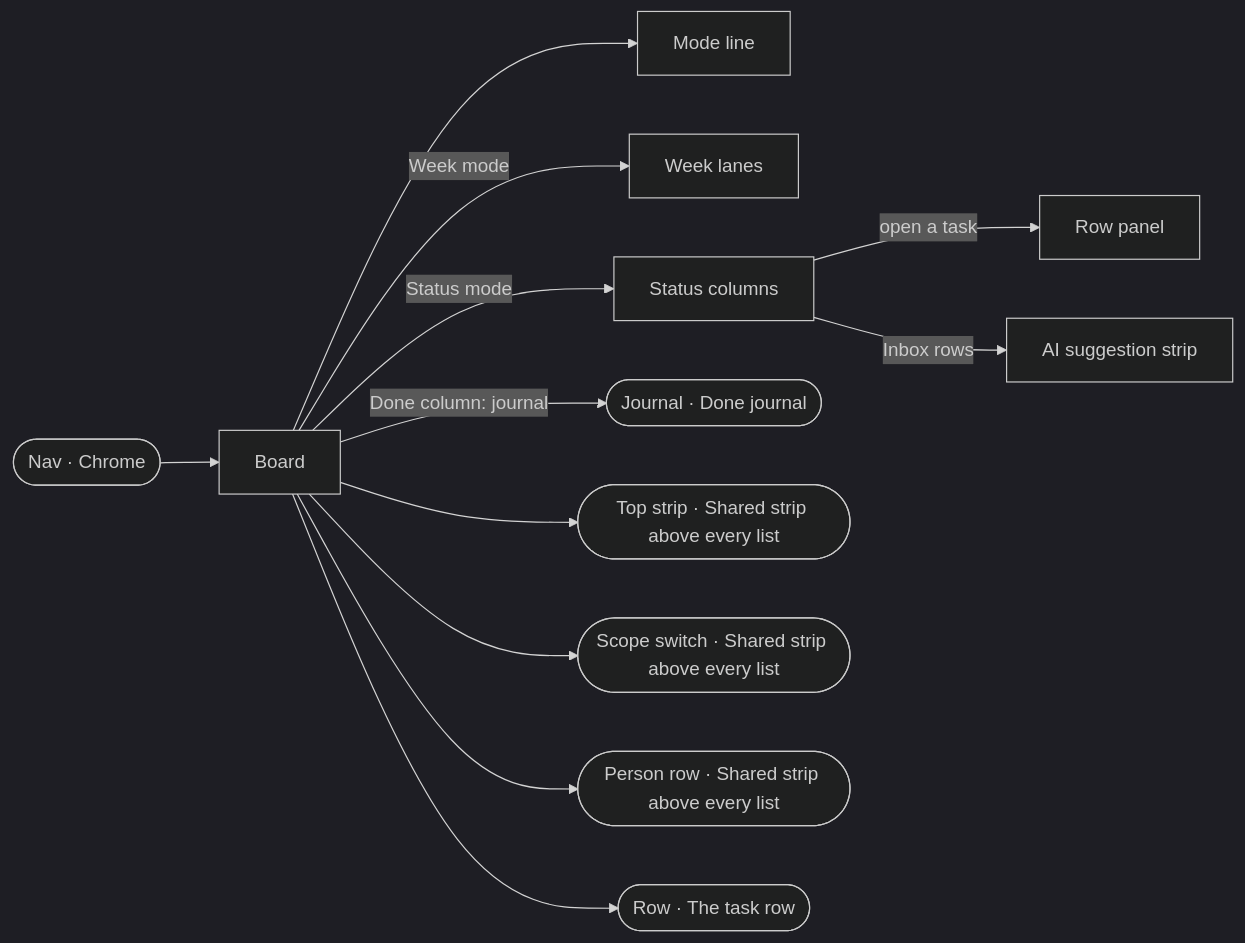
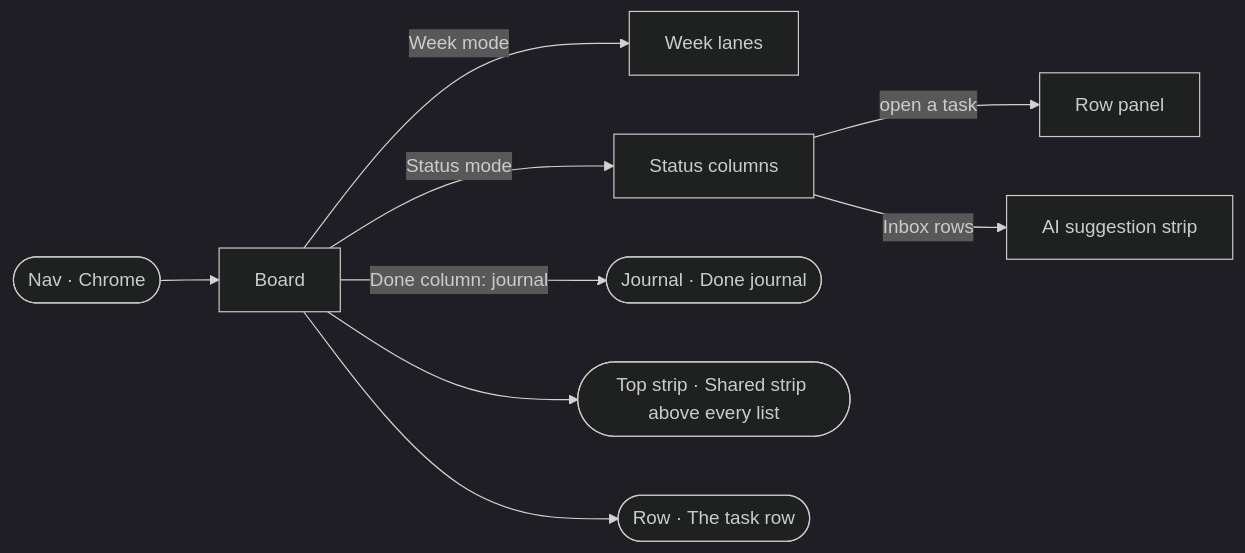
Before and after one commit to ferraroroberto/task-os: the third of 12 diagrams in docs/ux-surface-map.md, drawn with Mermaid (dark theme). The commit also changed other lines of this file and 125 other files, not shown here.

````diff
--- a/docs/ux-surface-map.md
+++ b/docs/ux-surface-map.md
@@ -245,26 +239,20 @@
 ```mermaid
 flowchart LR
   s9["Board"]
-  s10["Mode line"]
-  s11["Week lanes"]
-  s12["Status columns"]
-  s13["AI suggestion strip"]
-  s14["Row panel"]
+  s10["Week lanes"]
+  s11["Status columns"]
+  s12["AI suggestion strip"]
+  s13["Row panel"]
   s1(["Nav · Chrome"])
-  s52(["Journal · Done journal"])
-  s15(["Top strip · Shared strip above every list"])
-  s17(["Scope switch · Shared strip above every list"])
-  s18(["Person row · Shared strip above every list"])
-  s22(["Row · The task row"])
+  s51(["Journal · Done journal"])
+  s14(["Top strip · Shared strip above every list"])
+  s21(["Row · The task row"])
   s1 --> s9
-  s9 -->|"Done column: journal"| s52
-  s9 --> s15
-  s9 --> s17
-  s9 --> s18
-  s9 --> s22
-  s9 --> s10
-  s9 -->|"Week mode"| s11
-  s9 -->|"Status mode"| s12
-  s12 -->|"open a task"| s14
-  s12 -->|"Inbox rows"| s13
+  s9 -->|"Done column: journal"| s51
+  s9 --> s14
+  s9 --> s21
+  s9 -->|"Week mode"| s10
+  s9 -->|"Status mode"| s11
+  s11 -->|"open a task"| s13
+  s11 -->|"Inbox rows"| s12
 ```
````
